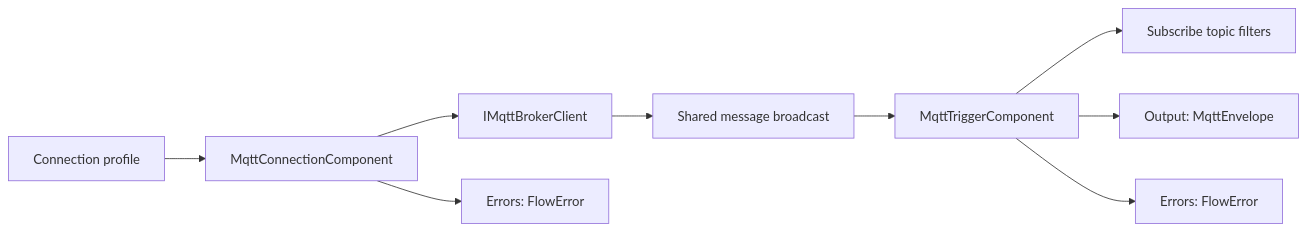
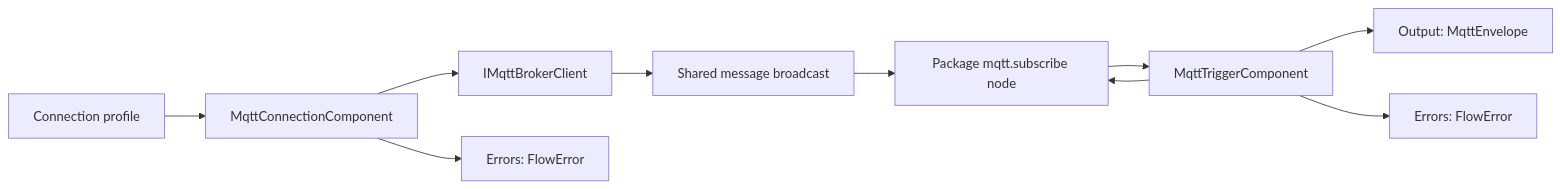
Before and after one commit to araxis/FluxMq: the fourth of 19 diagrams in docs/flow-components.md, drawn with Mermaid. The commit also changed other lines of this file and 8 other files, not shown here.

Commit message:
Use package-backed MQTT components

````diff
--- a/docs/flow-components.md
+++ b/docs/flow-components.md
@@ -105,11 +105,12 @@
 ```mermaid
 flowchart LR
     Profile["Connection profile"] --> Connection["MqttConnectionComponent"]
     Connection --> Client["IMqttBrokerClient"]
     Client --> Broadcast["Shared message broadcast"]
-    Trigger["MqttTriggerComponent"] --> Subscribe["Subscribe topic filters"]
-    Broadcast --> Trigger
+    Trigger["MqttTriggerComponent"] --> Subscribe["Package mqtt.subscribe node"]
+    Broadcast --> Subscribe
+    Subscribe --> Trigger
     Trigger --> Out["Output: MqttEnvelope"]
     Connection --> ConnectionErrors["Errors: FlowError"]
     Trigger --> TriggerErrors["Errors: FlowError"]
 ```
````
